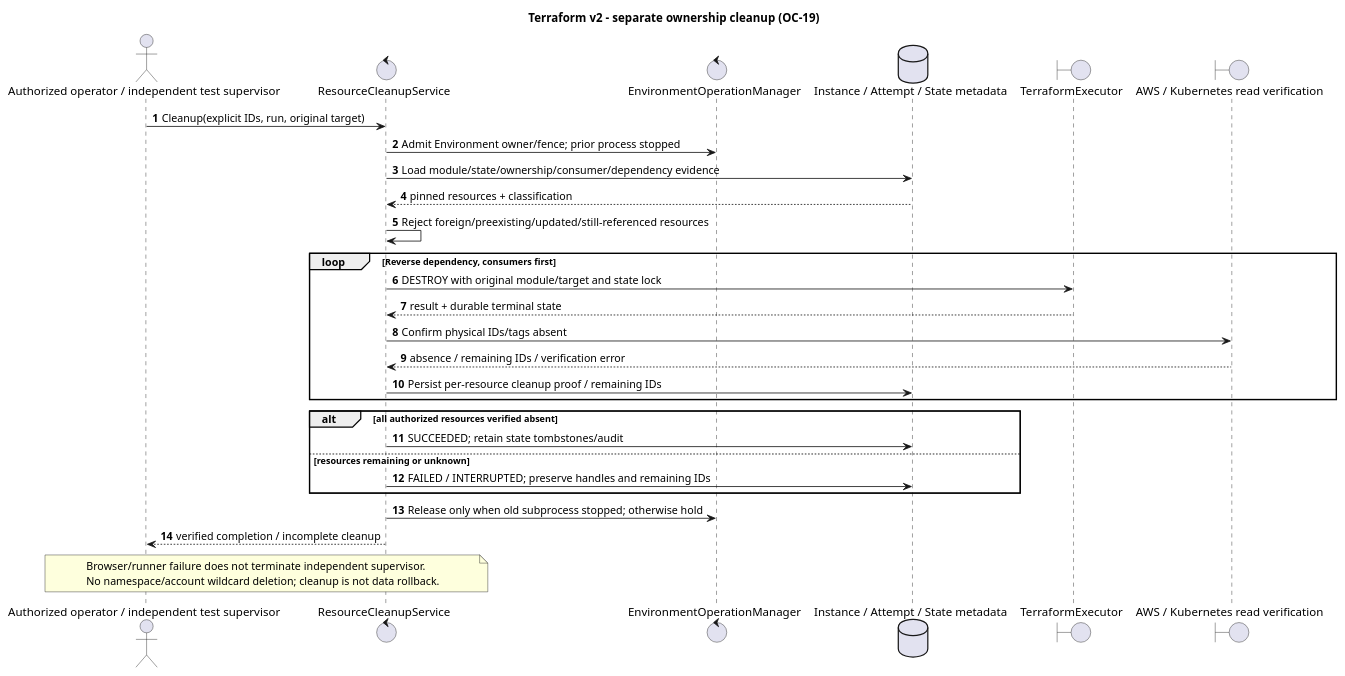
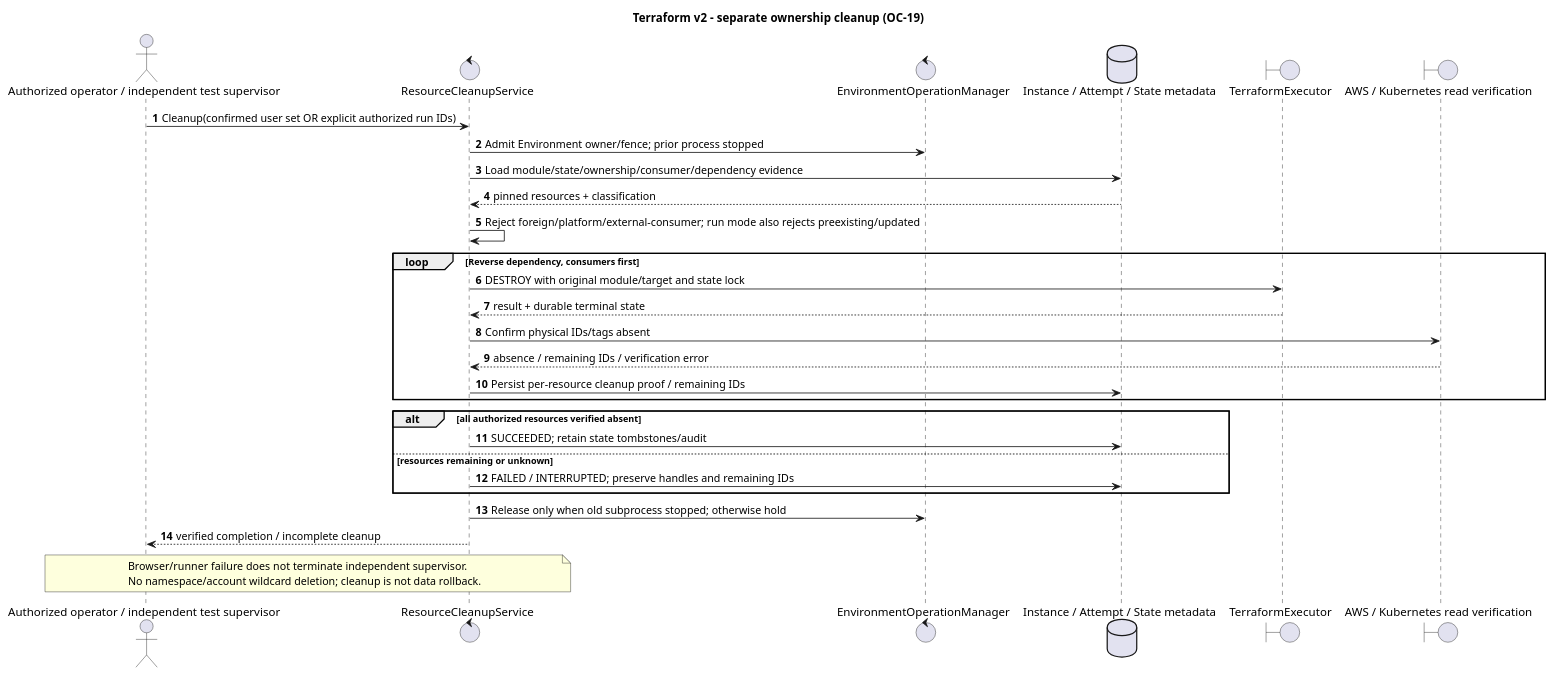
The diagram in orchestrator_docs/usecase/UC-08/sequence-cleanup.puml (pr3s3nt/poc), drawn with PlantUML before and after one commit. The commit also changed 124 other files, not shown here.

```diff
--- a/orchestrator_docs/usecase/UC-08/sequence-cleanup.puml
+++ b/orchestrator_docs/usecase/UC-08/sequence-cleanup.puml
@@ -1,33 +1,33 @@
 @startuml
 title Terraform v2 - separate ownership cleanup (OC-19)
 autonumber
 actor "Authorized operator / independent test supervisor" as Caller
 control ResourceCleanupService as Cleanup
 control EnvironmentOperationManager as Operations
 database "Instance / Attempt / State metadata" as Records
 boundary TerraformExecutor as Terraform
 boundary "AWS / Kubernetes read verification" as Provider
-Caller -> Cleanup: Cleanup(explicit IDs, run, original target)
+Caller -> Cleanup: Cleanup(confirmed user set OR explicit authorized run IDs)
 Cleanup -> Operations: Admit Environment owner/fence; prior process stopped
 Cleanup -> Records: Load module/state/ownership/consumer/dependency evidence
 Records --> Cleanup: pinned resources + classification
-Cleanup -> Cleanup: Reject foreign/preexisting/updated/still-referenced resources
+Cleanup -> Cleanup: Reject foreign/platform/external-consumer; run mode also rejects preexisting/updated
 loop Reverse dependency, consumers first
   Cleanup -> Terraform: DESTROY with original module/target and state lock
   Terraform --> Cleanup: result + durable terminal state
   Cleanup -> Provider: Confirm physical IDs/tags absent
   Provider --> Cleanup: absence / remaining IDs / verification error
   Cleanup -> Records: Persist per-resource cleanup proof / remaining IDs
 end
 alt all authorized resources verified absent
   Cleanup -> Records: SUCCEEDED; retain state tombstones/audit
 else resources remaining or unknown
   Cleanup -> Records: FAILED / INTERRUPTED; preserve handles and remaining IDs
 end
 Cleanup -> Operations: Release only when old subprocess stopped; otherwise hold
 Cleanup --> Caller: verified completion / incomplete cleanup
 note over Caller, Cleanup
 Browser/runner failure does not terminate independent supervisor.
 No namespace/account wildcard deletion; cleanup is not data rollback.
 end note
 @enduml
```
